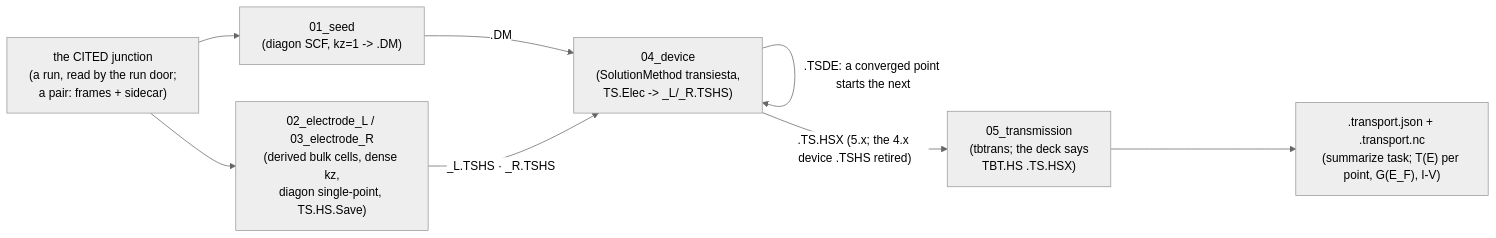
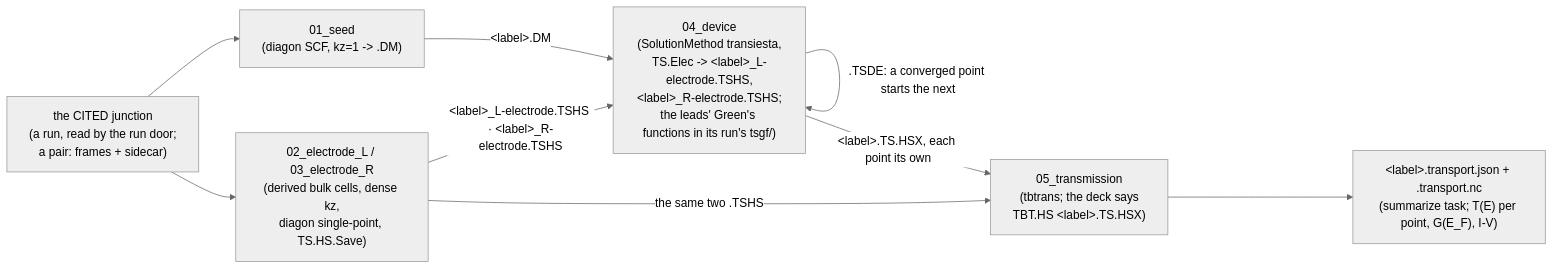
Before and after one commit to Qing-LAB/molbuilder: the tenth of 12 diagrams in docs/engines/transport.md, drawn with Mermaid (neutral theme). The commit also changed other lines of this file and 54 other files, not shown here.

````diff
--- a/docs/engines/transport.md
+++ b/docs/engines/transport.md
@@ -4217,11 +4282,12 @@
 ```mermaid
 flowchart LR
     CITE["the CITED junction<br/>(a run, read by the run door;<br/>a pair: frames + sidecar)"]
     CITE --> SEED["01_seed<br/>(diagon SCF, kz=1 -> .DM)"]
     CITE --> EL["02_electrode_L / 03_electrode_R<br/>(derived bulk cells, dense kz,<br/>diagon single-point, TS.HS.Save)"]
-    SEED -->|".DM"| DEVICE["04_device<br/>(SolutionMethod transiesta,<br/>TS.Elec -> <label>_L/_R.TSHS)"]
-    EL -->|"<label>_L.TSHS · <label>_R.TSHS"| DEVICE
+    SEED -->|"&lt;label&gt;.DM"| DEVICE["04_device<br/>(SolutionMethod transiesta,<br/>TS.Elec -> &lt;label&gt;_L-electrode.TSHS,<br/>&lt;label&gt;_R-electrode.TSHS;<br/>the leads' Green's functions in its run's tsgf/)"]
+    EL -->|"&lt;label&gt;_L-electrode.TSHS · &lt;label&gt;_R-electrode.TSHS"| DEVICE
     DEVICE -->|".TSDE: a converged point starts the next"| DEVICE
-    DEVICE -->|"<label>.TS.HSX (5.x; the 4.x device .TSHS retired)"| TBT["05_transmission<br/>(tbtrans; the deck says<br/>TBT.HS <label>.TS.HSX)"]
-    TBT --> RESULT["<label>.transport.json + .transport.nc<br/>(summarize task; T(E) per point, G(E_F), I-V)"]
+    DEVICE -->|"&lt;label&gt;.TS.HSX, each point its own"| TBT["05_transmission<br/>(tbtrans; the deck says<br/>TBT.HS &lt;label&gt;.TS.HSX)"]
+    EL -->|"the same two .TSHS"| TBT
+    TBT --> RESULT["&lt;label&gt;.transport.json + .transport.nc<br/>(summarize task; T(E) per point, G(E_F), I-V)"]
 ```
````
